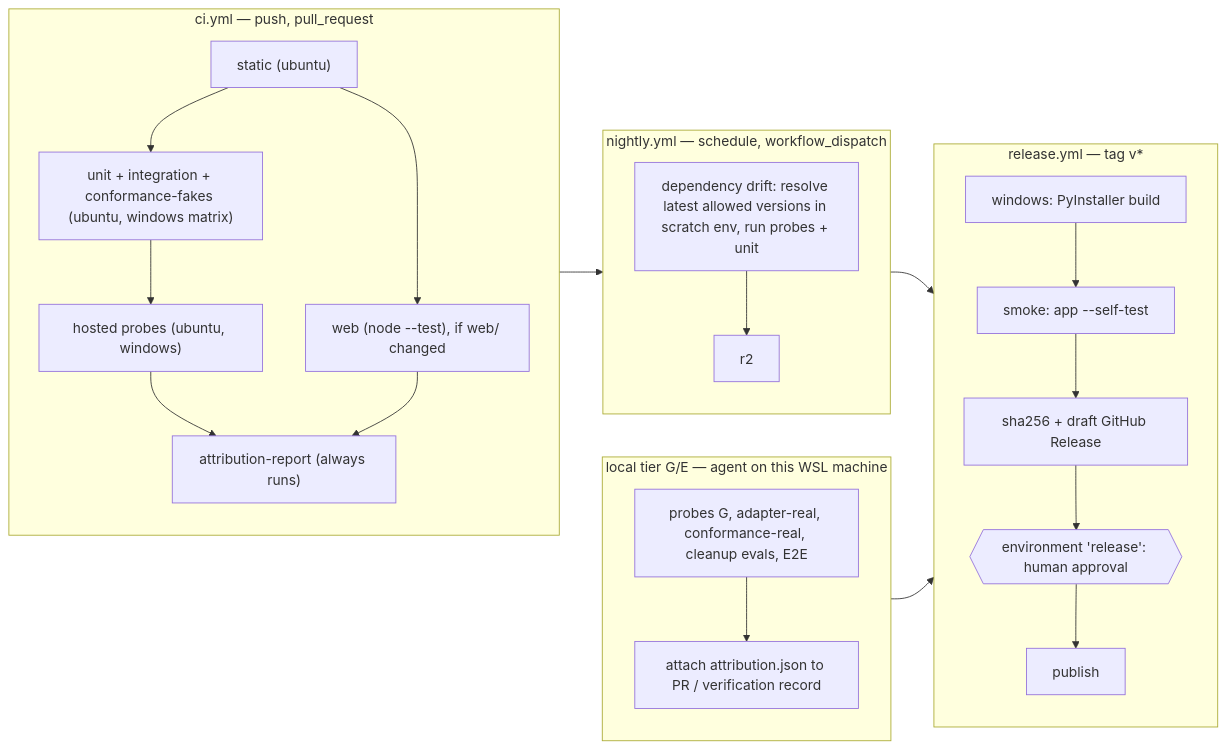
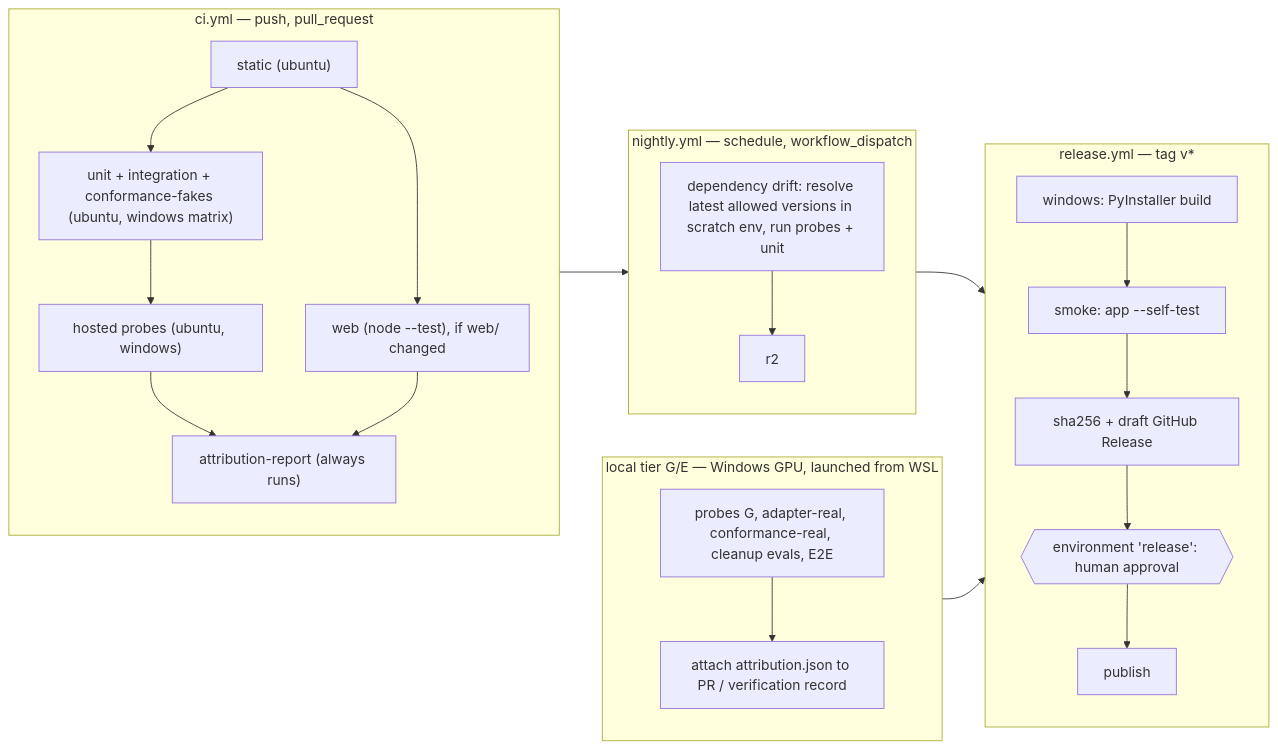
One commit to June74/wispr_clone changed the third of 5 diagrams in backend_dev/dev_pipeline.md. Above: the diagram before and after it, drawn with Mermaid. The commit also changed other lines of this file and 12 other files, not shown here.

````diff
--- a/backend_dev/dev_pipeline.md
+++ b/backend_dev/dev_pipeline.md
@@ -193,25 +193,25 @@
 ```mermaid
 flowchart LR
   subgraph ci["ci.yml — push, pull_request"]
     direction TB
     s["static (ubuntu)"] --> u["unit + integration + conformance-fakes (ubuntu, windows matrix)"]
     s --> j["web (node --test), if web/ changed"]
     u --> p["hosted probes (ubuntu, windows)"]
     p --> r["attribution-report (always runs)"]
     j --> r
   end
-  subgraph local["local tier G/E — agent on this WSL machine"]
+  subgraph local["local tier G/E — Windows GPU, launched from WSL"]
     direction TB
     g["probes G, adapter-real, conformance-real, cleanup evals, E2E"] --> att["attach attribution.json to PR / verification record"]
   end
   subgraph nightly["nightly.yml — schedule, workflow_dispatch"]
     direction TB
     d["dependency drift: resolve latest allowed versions in scratch env, run probes + unit"] --> r2
   end
   subgraph release["release.yml — tag v*"]
     direction TB
     b["windows: PyInstaller build"] --> sm["smoke: app --self-test"] --> h["sha256 + draft GitHub Release"] --> ap{{"environment 'release': human approval"}} --> pub[publish]
   end
   ci --> nightly --> release
   local --> release
 ```
````
